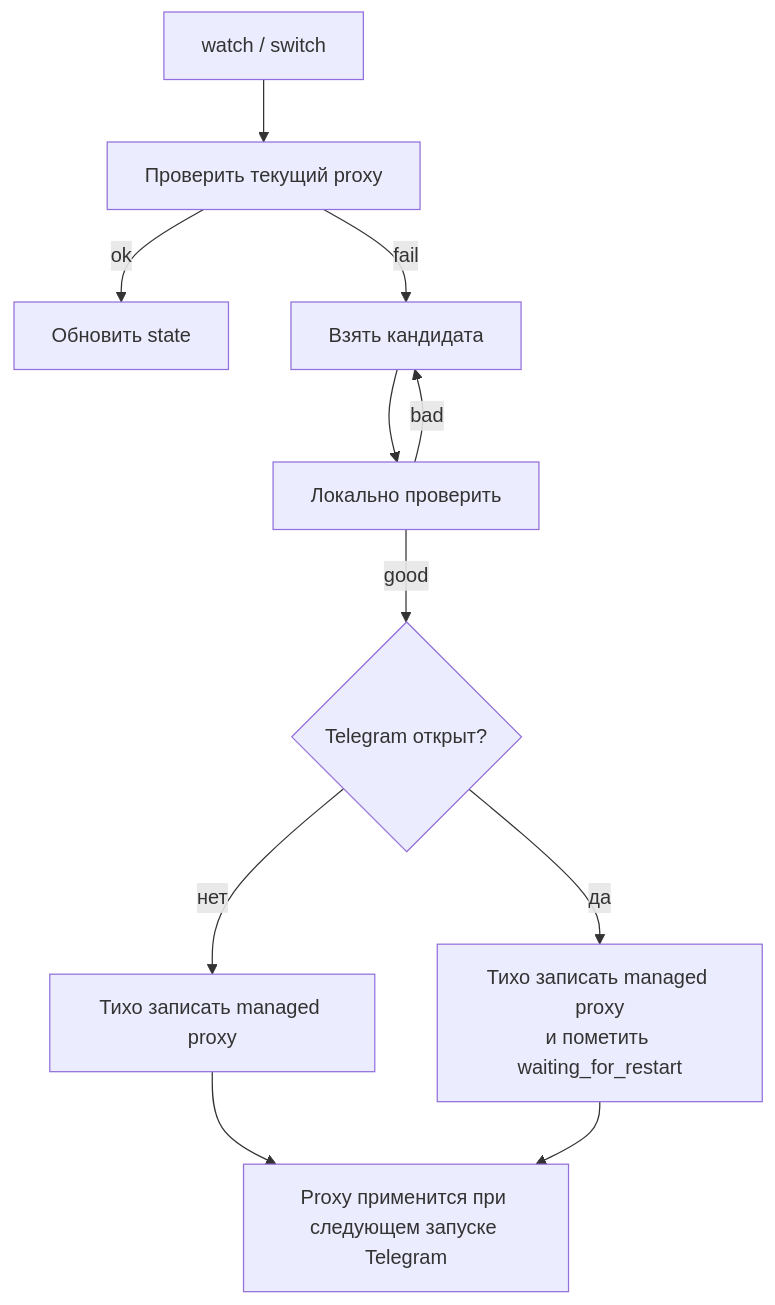
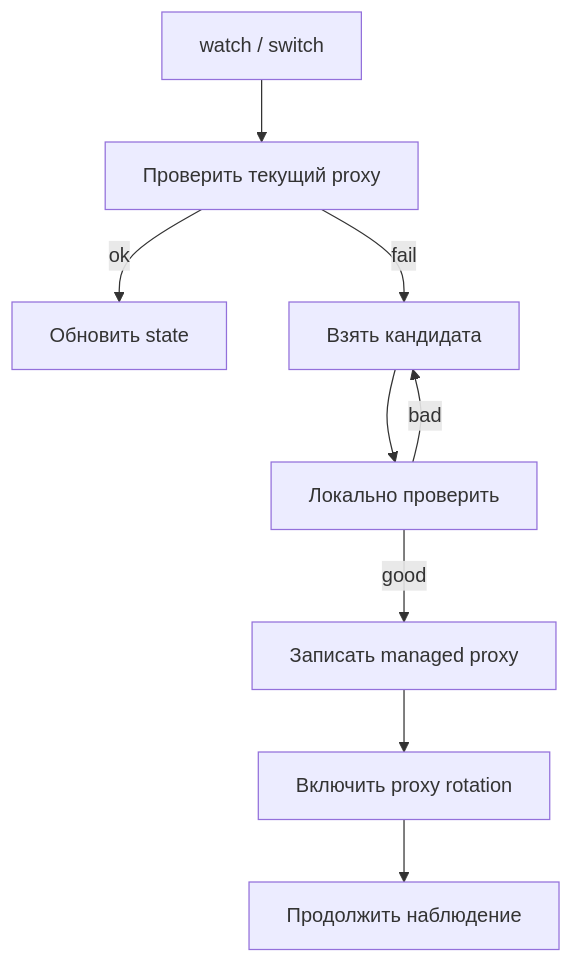
One commit to TheLitis/ProtoSwitch changed the diagram in README.md. Above: the diagram before and after it, drawn with Mermaid. The commit also changed other lines of this file and 3 other files, not shown here.

Commit message:
docs: document tray and managed rotation flow

````diff
--- a/README.md
+++ b/README.md
@@ -31,13 +32,11 @@
 ```mermaid
 flowchart TD
     A["watch / switch"] --> B["Проверить текущий proxy"]
     B -->|ok| C["Обновить state"]
     B -->|fail| D["Взять кандидата"]
     D --> E["Локально проверить"]
     E -->|bad| D
-    E -->|good| F{"Telegram открыт?"}
-    F -->|нет| G["Тихо записать managed proxy"]
-    F -->|да| H["Тихо записать managed proxy<br/>и пометить waiting_for_restart"]
-    G --> I["Proxy применится при следующем запуске Telegram"]
-    H --> I
+    E -->|good| F["Записать managed proxy"]
+    F --> G["Включить proxy rotation"]
+    G --> H["Продолжить наблюдение"]
 ```
````
